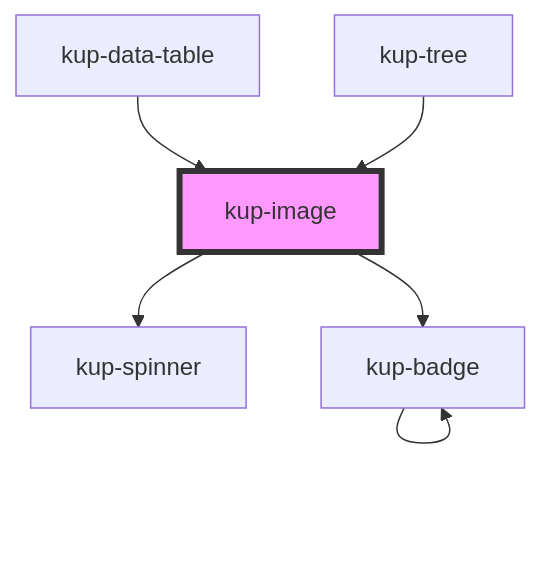
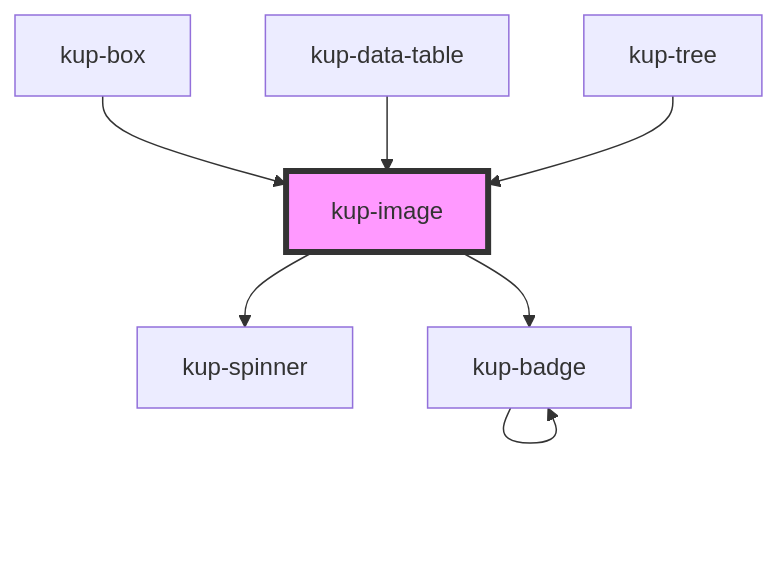
One commit to smeup/ketchup changed the diagram in packages/ketchup/src/components/kup-image/readme.md. Above: the diagram before and after it, drawn with Mermaid. The commit also changed other lines of this file and 18 other files, not shown here.

````diff
--- a/packages/ketchup/src/components/kup-image/readme.md
+++ b/packages/ketchup/src/components/kup-image/readme.md
@@ -74,9 +75,10 @@
 ```mermaid
 graph TD;
   kup-image --> kup-spinner
   kup-image --> kup-badge
   kup-badge --> kup-badge
+  kup-box --> kup-image
   kup-data-table --> kup-image
   kup-tree --> kup-image
   style kup-image fill:#f9f,stroke:#333,stroke-width:4px
 ```
````
